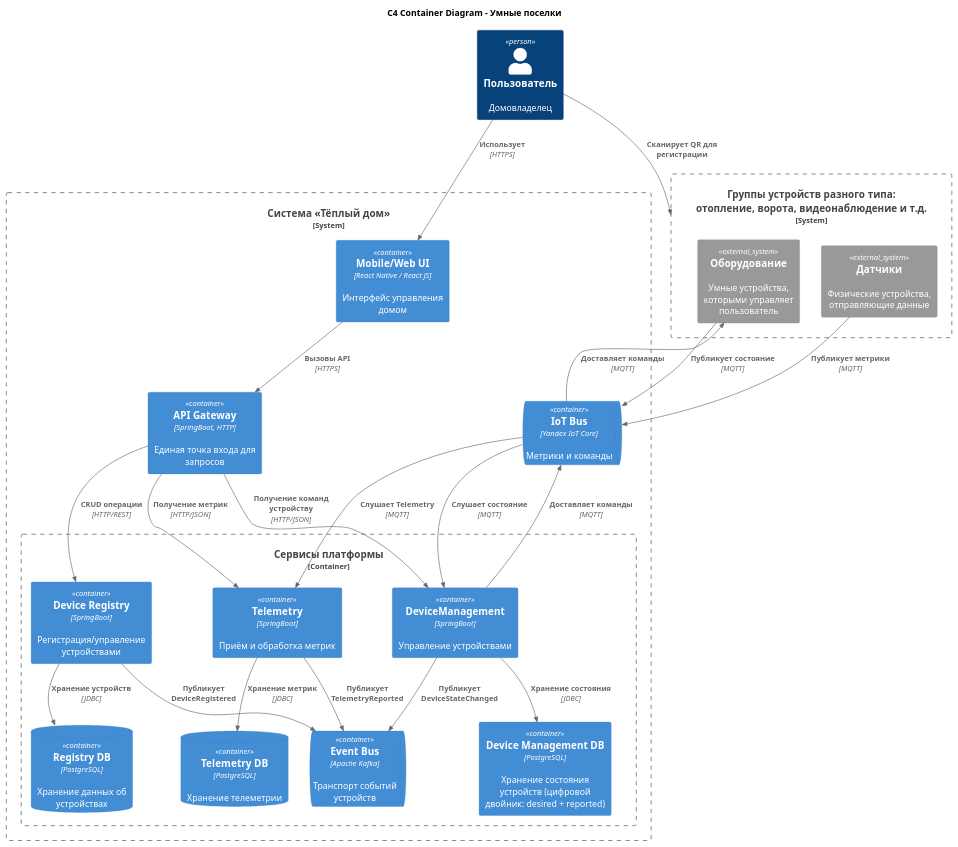
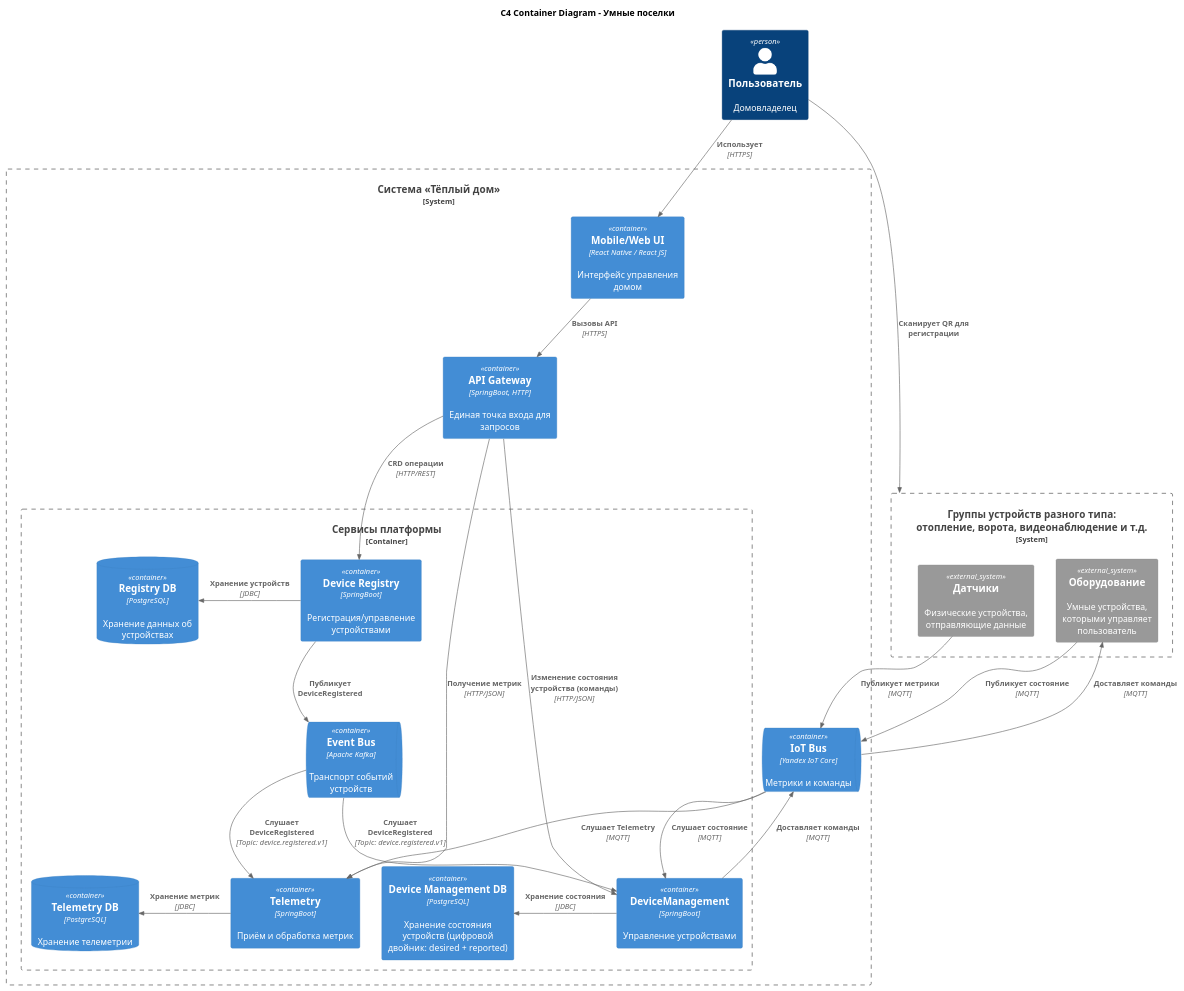
One commit to aymanstepanova/architecture-pro-warmhouse changed the diagram in schemas/container_c4_to_be.puml. Above: the diagram before and after it, drawn with PlantUML. The commit also changed 7 other files, not shown here.

Commit message:
добавлены схемы компонентов

```diff
--- a/schemas/container_c4_to_be.puml
+++ b/schemas/container_c4_to_be.puml
@@ -1,58 +1,58 @@
 @startuml
-!include C4_Container.puml
+!include styles/C4_Container.puml
 
 title C4 Container Diagram - Умные поселки
 
 Person(user, "Пользователь", "Домовладелец")
 
 System_Boundary(devices, "Группы устройств разного типа: \n отопление, ворота, видеонаблюдение и т.д.") {
     System_Ext(sensors, "Датчики", "Физические устройства, отправляющие данные")
     System_Ext(equipment, "Оборудование", "Умные устройства, которыми управляет пользователь")
 }
 
 System_Boundary(td, "Система «Тёплый дом»") {
 
   Container(mobile, "Mobile/Web UI", "React Native / React JS", "Интерфейс управления домом")
   Container(api, "API Gateway", "SpringBoot, HTTP", "Единая точка входа для запросов")
   ContainerQueue(IoT_bus, "IoT Bus", "Yandex IoT Core", "Метрики и команды")
 
   Container_Boundary(services, "Сервисы платформы") {
     Container(deviceRegistry, "Device Registry", "SpringBoot", "Регистрация/управление устройствами")
     ContainerDb(deviceDb, "Registry DB", "PostgreSQL", "Хранение данных об устройствах")
 
     Container(telemetry, "Telemetry", "SpringBoot", "Приём и обработка метрик")
     Container(deviceMan, "DeviceManagement", "SpringBoot", "Управление устройствами")
     Container(deviceManDB, "Device Management DB", "PostgreSQL", "Хранение состояния устройств (цифровой двойник: desired + reported)")
     ContainerDb(telemetryDb, "Telemetry DB", "PostgreSQL", "Хранение телеметрии")
 
     ContainerQueue(kafka, "Event Bus", "Apache Kafka", "Транспорт событий устройств")
   }
 
 }
+
 Rel(user, devices, "Сканирует QR для регистрации")
 
 Rel(user, mobile, "Использует", "HTTPS")
 Rel(mobile, api, "Вызовы API", "HTTPS")
-Rel(api, deviceRegistry, "CRUD операции", "HTTP/REST")
+Rel(api, deviceRegistry, "CRD операции", "HTTP/REST")
 Rel(api, telemetry, "Получение метрик", "HTTP/JSON")
-Rel(api, deviceMan, "Получение команд устройству", "HTTP/JSON")
+Rel(api, deviceMan, "Изменение состояния устройства (команды)", "HTTP/JSON")
 
-Rel(deviceRegistry, deviceDb, "Хранение устройств", "JDBC")
-Rel(deviceMan, deviceManDB, "Хранение состояния", "JDBC")
-Rel(telemetry, telemetryDb, "Хранение метрик", "JDBC")
+Rel_L(deviceRegistry, deviceDb, "Хранение устройств", "JDBC")
+Rel_L(deviceMan, deviceManDB, "Хранение состояния", "JDBC")
+Rel_L(telemetry, telemetryDb, "Хранение метрик", "JDBC")
 
-'' Подписчики на событие "Устройство зарегистрировано" - если расскомментировать, схема едет
-'' Rel(kafka, telemetry, "Слушает DeviceRegistered", "Topic: device.registered.v1")
-'' Rel(kafka, deviceMan, "Слушает DeviceRegistered", "Topic: device.registered.v1")
-Rel(deviceRegistry, kafka, "Публикует DeviceRegistered")
-Rel(telemetry, kafka, "Публикует TelemetryReported")
-Rel(deviceMan, kafka, "Публикует DeviceStateChanged")
+Rel_D(deviceRegistry, kafka, "Публикует DeviceRegistered")
+Rel(kafka, telemetry, "Слушает DeviceRegistered", "Topic: device.registered.v1")
+Rel(kafka, deviceMan, "Слушает DeviceRegistered", "Topic: device.registered.v1")
+'' Rel(telemetry, kafka, "Публикует TelemetryReported")
+'' Rel(deviceMan, kafka, "Публикует DeviceStateChanged")
 
 Rel(sensors, IoT_bus, "Публикует метрики", "MQTT")
 Rel(equipment, IoT_bus, "Публикует состояние", "MQTT")
 Rel(IoT_bus, telemetry, "Слушает Telemetry", "MQTT")
 Rel(deviceMan, IoT_bus, "Доставляет команды", "MQTT")
 Rel(IoT_bus, equipment, "Доставляет команды", "MQTT")
 Rel(IoT_bus, deviceMan, "Слушает состояние", "MQTT")
 
 @enduml
```
